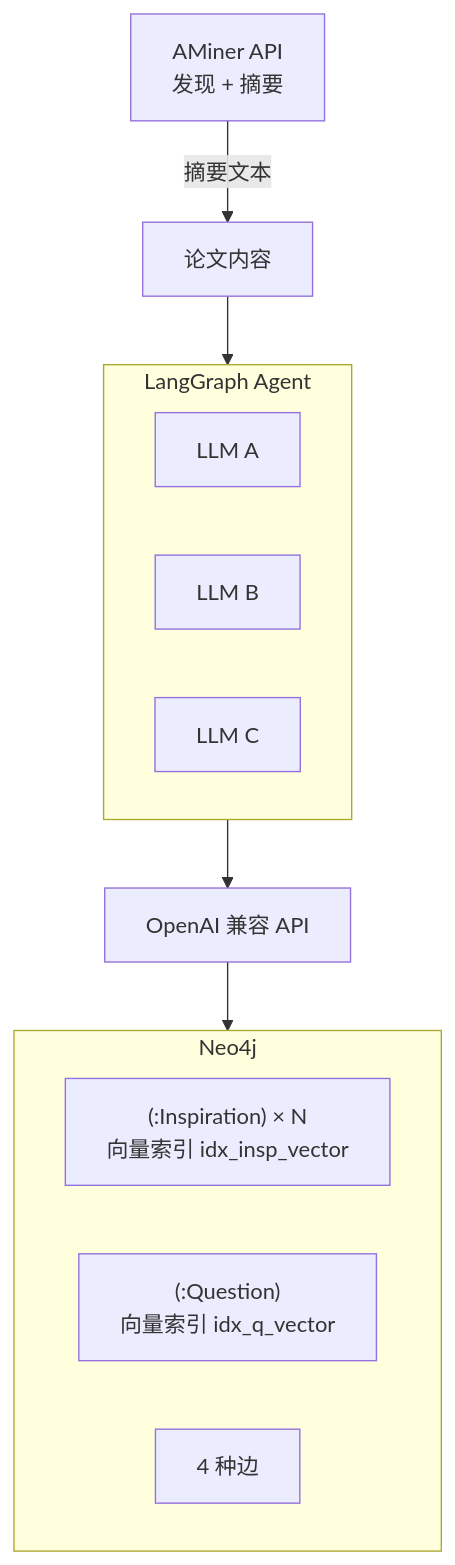
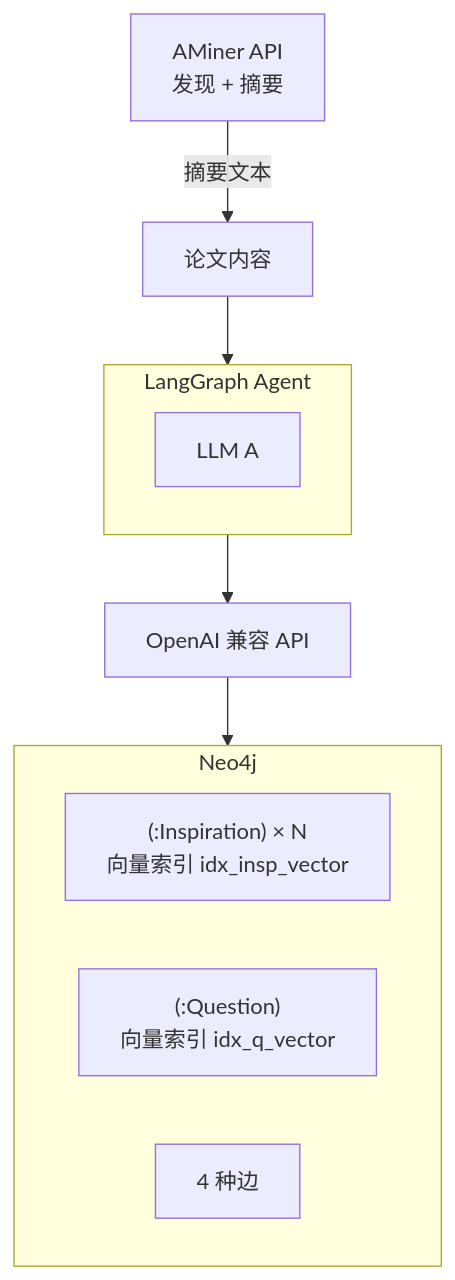
Before and after one commit to cheanus/IdeaForgeX: the first of 3 diagrams in doc/architecture.md, drawn with Mermaid. The commit also changed other lines of this file and 16 other files, not shown here.

````diff
--- a/doc/architecture.md
+++ b/doc/architecture.md
@@ -70,19 +70,17 @@
 ```mermaid
 flowchart TD
     A["AMiner API<br/>发现 + 摘要"]
     A -->|摘要文本| B["论文内容"]
     B --> C
     subgraph C["LangGraph Agent"]
         direction LR
         LLM_A["LLM A"]
-        LLM_B["LLM B"]
-        LLM_C["LLM C"]
     end
     C --> D["OpenAI 兼容 API"]
     D --> E
     subgraph E["Neo4j"]
         N1["(:Inspiration) × N<br/>向量索引 idx_insp_vector"]
         N2["(:Question)<br/>向量索引 idx_q_vector"]
         N3["4 种边"]
     end
 ```
````
